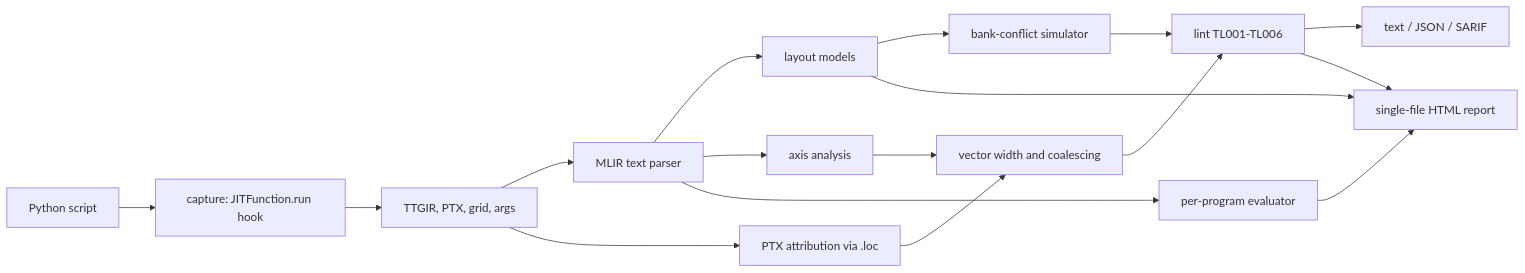
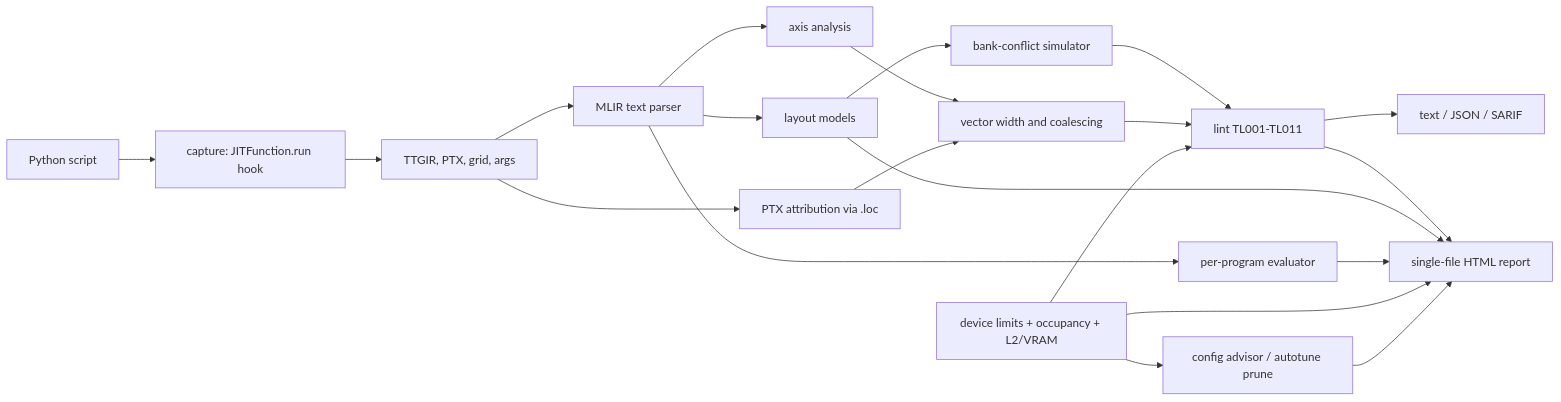
Before and after one commit to umair9121/Triton-Kernel-Optimization: the diagram in README.md, drawn with Mermaid. The commit also changed other lines of this file and 13 other files, not shown here.

Commit message:
Add VRAM/L2 lint and a config advisor that proposes tiles this GPU can actually run

````diff
--- a/README.md
+++ b/README.md
@@ -98,19 +116,23 @@
 ```mermaid
 flowchart LR
     Script["Python script"] --> Capture["capture: JITFunction.run hook"]
     Capture --> IR["TTGIR, PTX, grid, args"]
     IR --> Parser["MLIR text parser"]
     Parser --> Layouts["layout models"]
     Parser --> Axis["axis analysis"]
     Layouts --> Banks["bank-conflict simulator"]
     Axis --> Global["vector width and coalescing"]
     IR --> Ptx["PTX attribution via .loc"]
     Ptx --> Global
     Parser --> Tiling["per-program evaluator"]
-    Banks --> Lint["lint TL001-TL006"]
+    Banks --> Lint["lint TL001-TL011"]
     Global --> Lint
+    Device["device limits + occupancy + L2/VRAM"] --> Lint
+    Device --> Advise["config advisor / autotune prune"]
     Lint --> Out["text / JSON / SARIF"]
     Lint --> Html["single-file HTML report"]
     Layouts --> Html
     Tiling --> Html
+    Device --> Html
+    Advise --> Html
 ```
````
